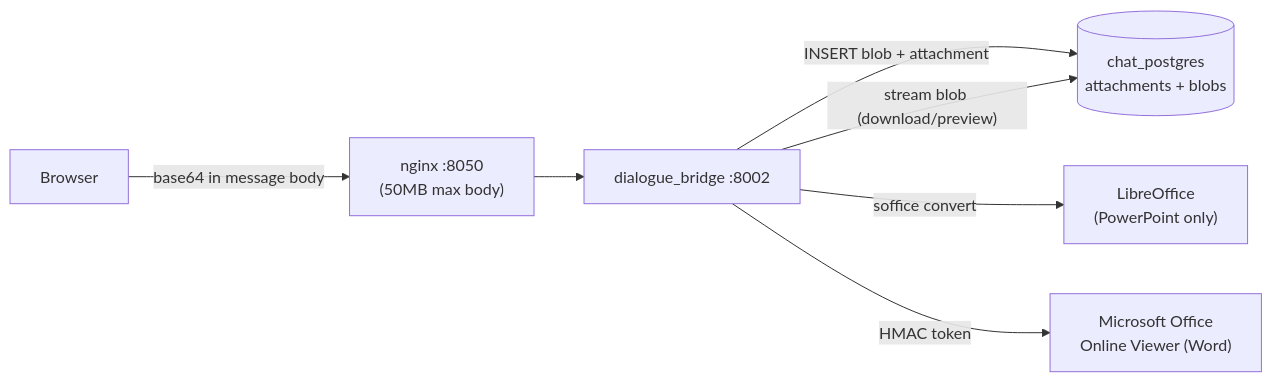
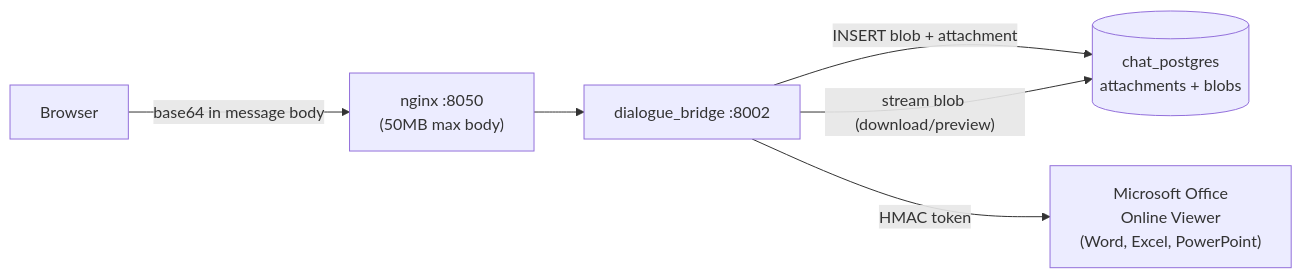
Before and after one commit to konstantinosmpouros/mAgenticX: the first of 2 diagrams in docs/flows/attachments.md, drawn with Mermaid. The commit also changed other lines of this file and 10 other files, not shown here.

````diff
--- a/docs/flows/attachments.md
+++ b/docs/flows/attachments.md
@@ -9,9 +9,8 @@
 ```mermaid
 flowchart LR
     Browser["Browser"] -->|"base64 in message body"| nginx["nginx :8050\n(50MB max body)"]
     nginx --> bridge["dialogue_bridge :8002"]
     bridge -->|"INSERT blob + attachment"| pg[("chat_postgres\nattachments + blobs")]
     bridge -->|"stream blob (download/preview)"| pg
-    bridge -->|"soffice convert"| lo["LibreOffice\n(PowerPoint only)"]
-    bridge -->|"HMAC token"| viewer["Microsoft Office\nOnline Viewer (Word)"]
+    bridge -->|"HMAC token"| viewer["Microsoft Office\nOnline Viewer\n(Word, Excel, PowerPoint)"]
 ```
````
